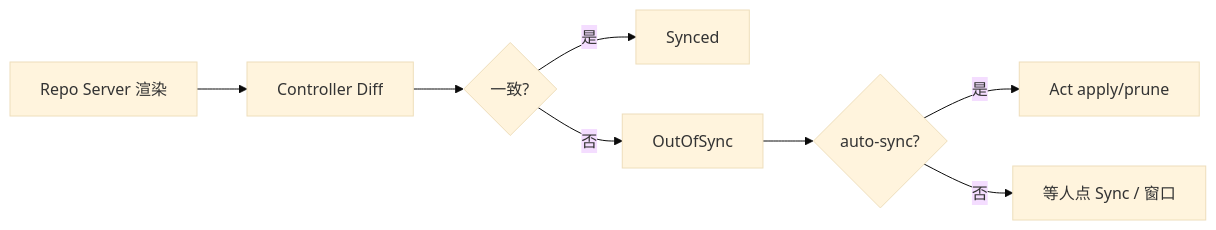
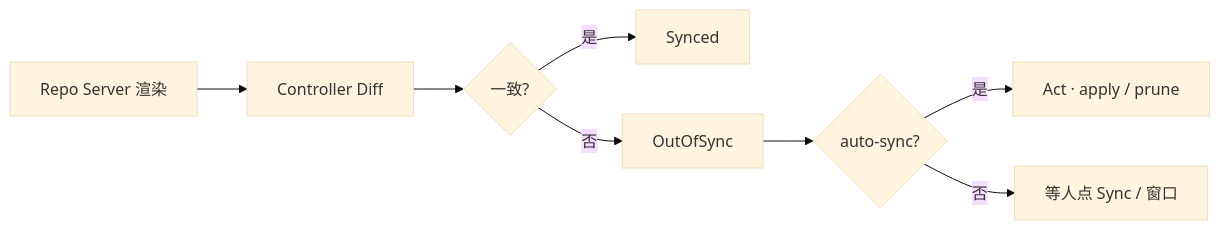
One commit to ml-cuizijun/LearnToLilith changed the third of 8 diagrams in 03-Kubernetes/23-GitOps-ArgoCD与Tekton/知识点.md. Above: the diagram before and after it, drawn with Mermaid (base theme). The commit also changed other lines of this file and 178 other files, not shown here.

````diff
--- a/03-Kubernetes/23-GitOps-ArgoCD与Tekton/知识点.md
+++ b/03-Kubernetes/23-GitOps-ArgoCD与Tekton/知识点.md
@@ -162,13 +161,10 @@
 ```mermaid
 flowchart LR
     A[Repo Server 渲染] --> B[Controller Diff]
     B --> C{一致?}
     C -->|是| D[Synced]
     C -->|否| E[OutOfSync]
     E --> F{auto-sync?}
-    F -->|是| G[Act apply/prune]
+    F -->|是| G[Act · apply / prune]
     F -->|否| H[等人点 Sync / 窗口]
-
-    class D,G ok
-    class E,H warn
 ```
````
